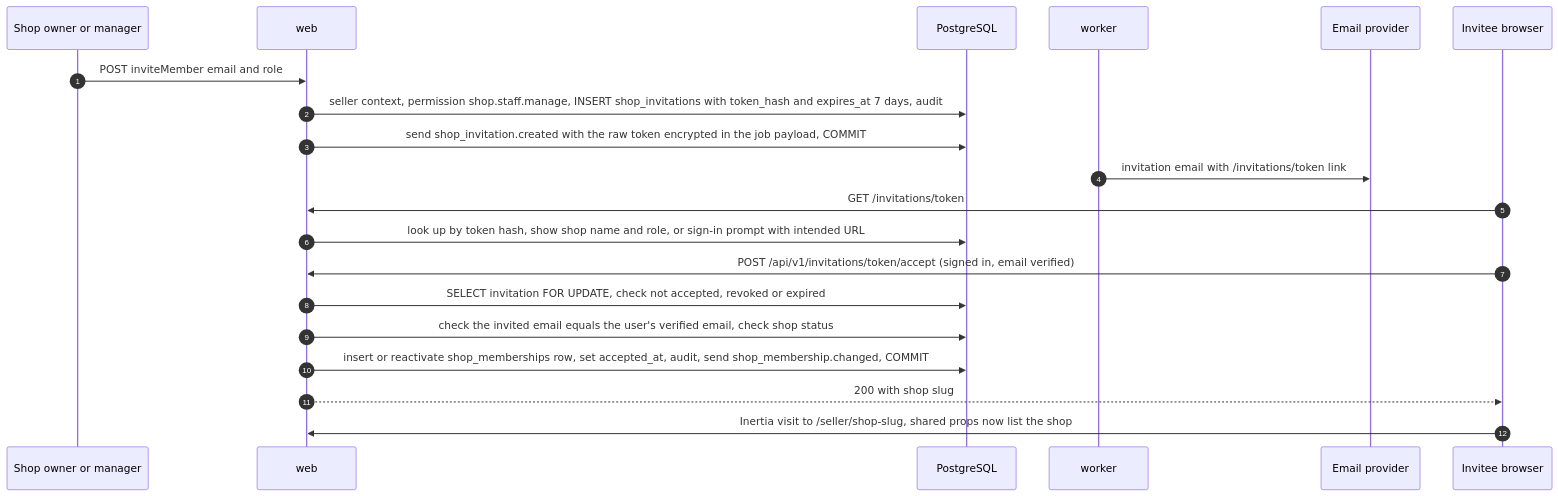
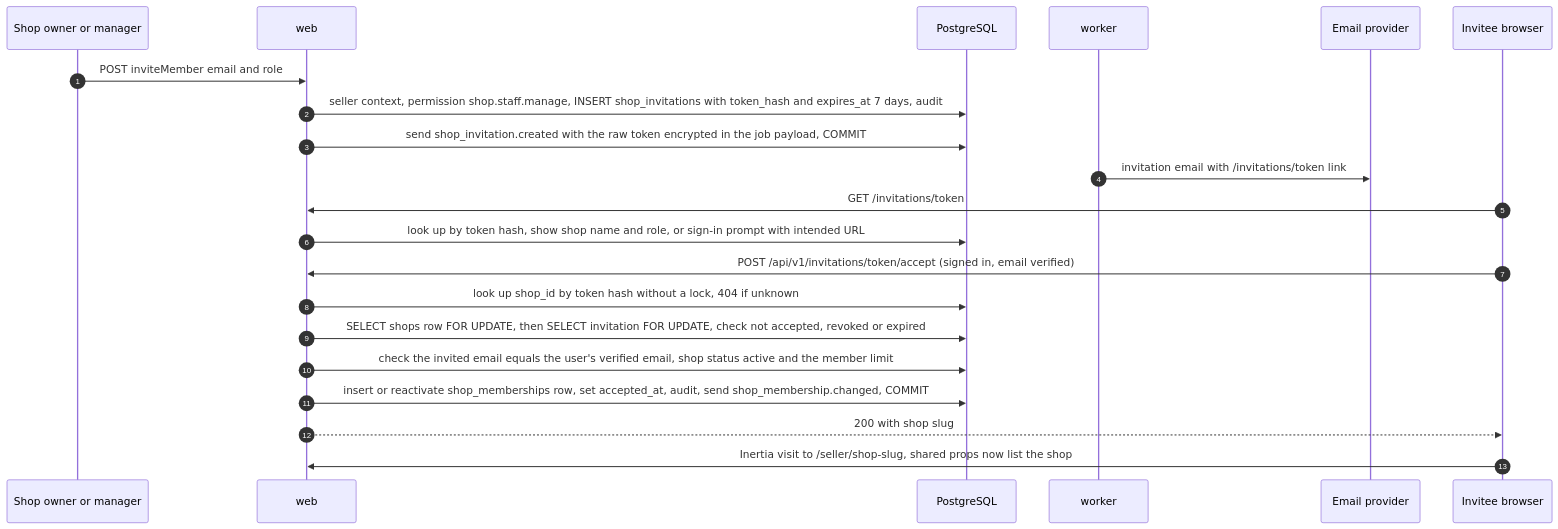
Before and after one commit to harublank0-0/drip-nepal: diagram 11 of 12 in docs/03-system-architecture.md, drawn with Mermaid. The commit also changed other lines of this file and 13 other files, not shown here.

````diff
--- a/docs/03-system-architecture.md
+++ b/docs/03-system-architecture.md
@@ -855,22 +855,23 @@
 ```mermaid
 sequenceDiagram
   autonumber
   participant OW as Shop owner or manager
   participant W as web
   participant DB as PostgreSQL
   participant K as worker
   participant E as Email provider
   participant IV as Invitee browser
   OW->>W: POST inviteMember email and role
   W->>DB: seller context, permission shop.staff.manage, INSERT shop_invitations with token_hash and expires_at 7 days, audit
   W->>DB: send shop_invitation.created with the raw token encrypted in the job payload, COMMIT
   K->>E: invitation email with /invitations/token link
   IV->>W: GET /invitations/token
   W->>DB: look up by token hash, show shop name and role, or sign-in prompt with intended URL
   IV->>W: POST /api/v1/invitations/token/accept (signed in, email verified)
-  W->>DB: SELECT invitation FOR UPDATE, check not accepted, revoked or expired
-  W->>DB: check the invited email equals the user's verified email, check shop status
+  W->>DB: look up shop_id by token hash without a lock, 404 if unknown
+  W->>DB: SELECT shops row FOR UPDATE, then SELECT invitation FOR UPDATE, check not accepted, revoked or expired
+  W->>DB: check the invited email equals the user's verified email, shop status active and the member limit
   W->>DB: insert or reactivate shop_memberships row, set accepted_at, audit, send shop_membership.changed, COMMIT
   W-->>IV: 200 with shop slug
   IV->>W: Inertia visit to /seller/shop-slug, shared props now list the shop
 ```
````
